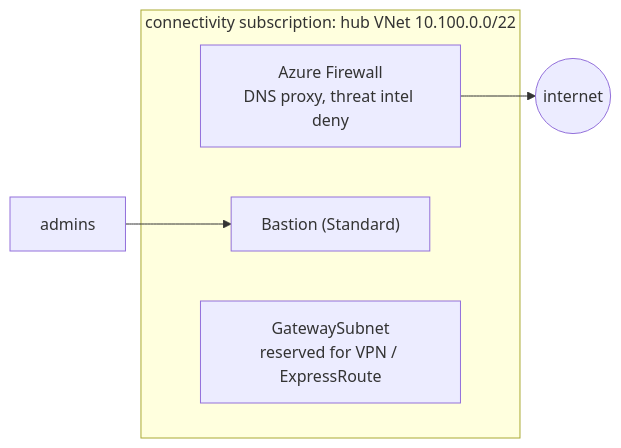
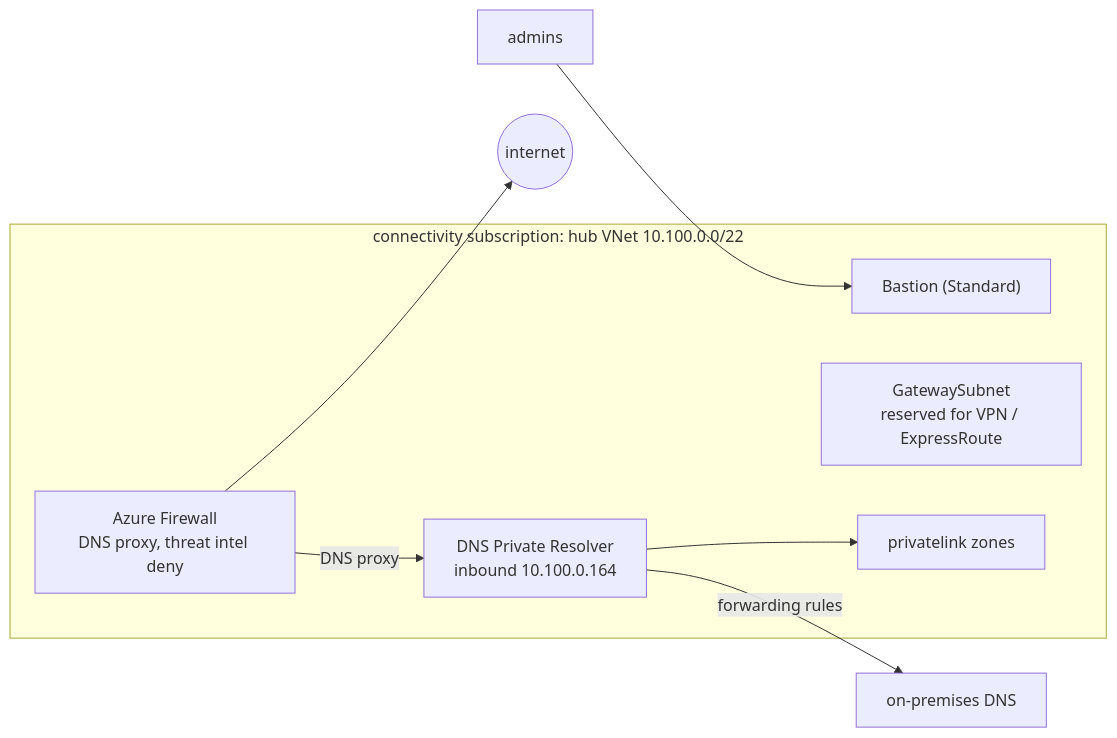
The diagram in README.md (ozy31/terraform-azure-landing-zone), drawn with Mermaid before and after one commit. The commit also changed other lines of this file and 10 other files, not shown here.

Commit message:
Central privatelink DNS with a DNS Private Resolver behind the firewall proxy

````diff
--- a/README.md
+++ b/README.md
@@ -34,11 +34,15 @@
 ```mermaid
 flowchart LR
     subgraph hub["connectivity subscription: hub VNet 10.100.0.0/22"]
         afw["Azure Firewall<br/>DNS proxy, threat intel deny"]
         bas["Bastion (Standard)"]
         gw["GatewaySubnet<br/>reserved for VPN / ExpressRoute"]
+        dnspr["DNS Private Resolver<br/>inbound 10.100.0.164"]
+        zones["privatelink zones"]
     end
+    afw -- "DNS proxy" --> dnspr --> zones
+    dnspr -- "forwarding rules" --> onprem["on-premises DNS"]
     internet(("internet"))
     afw --> internet
     admins["admins"] --> bas
 ```
````
